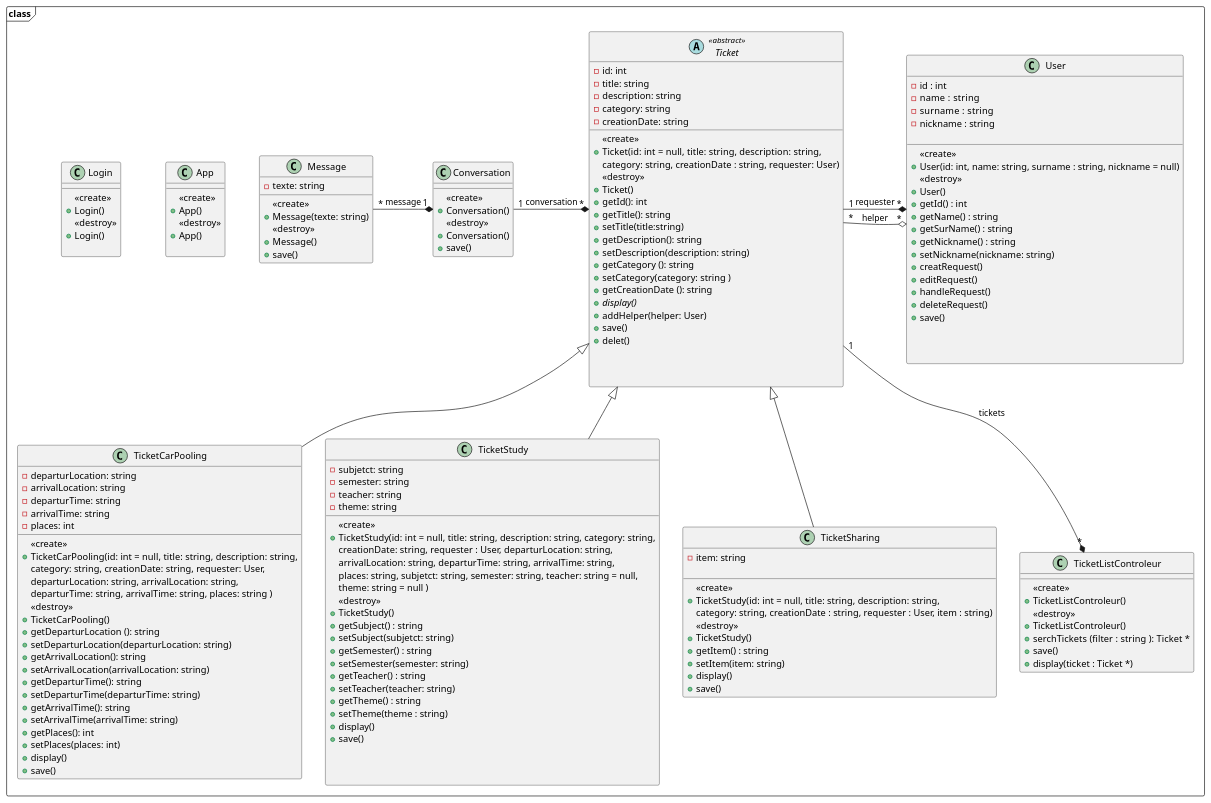
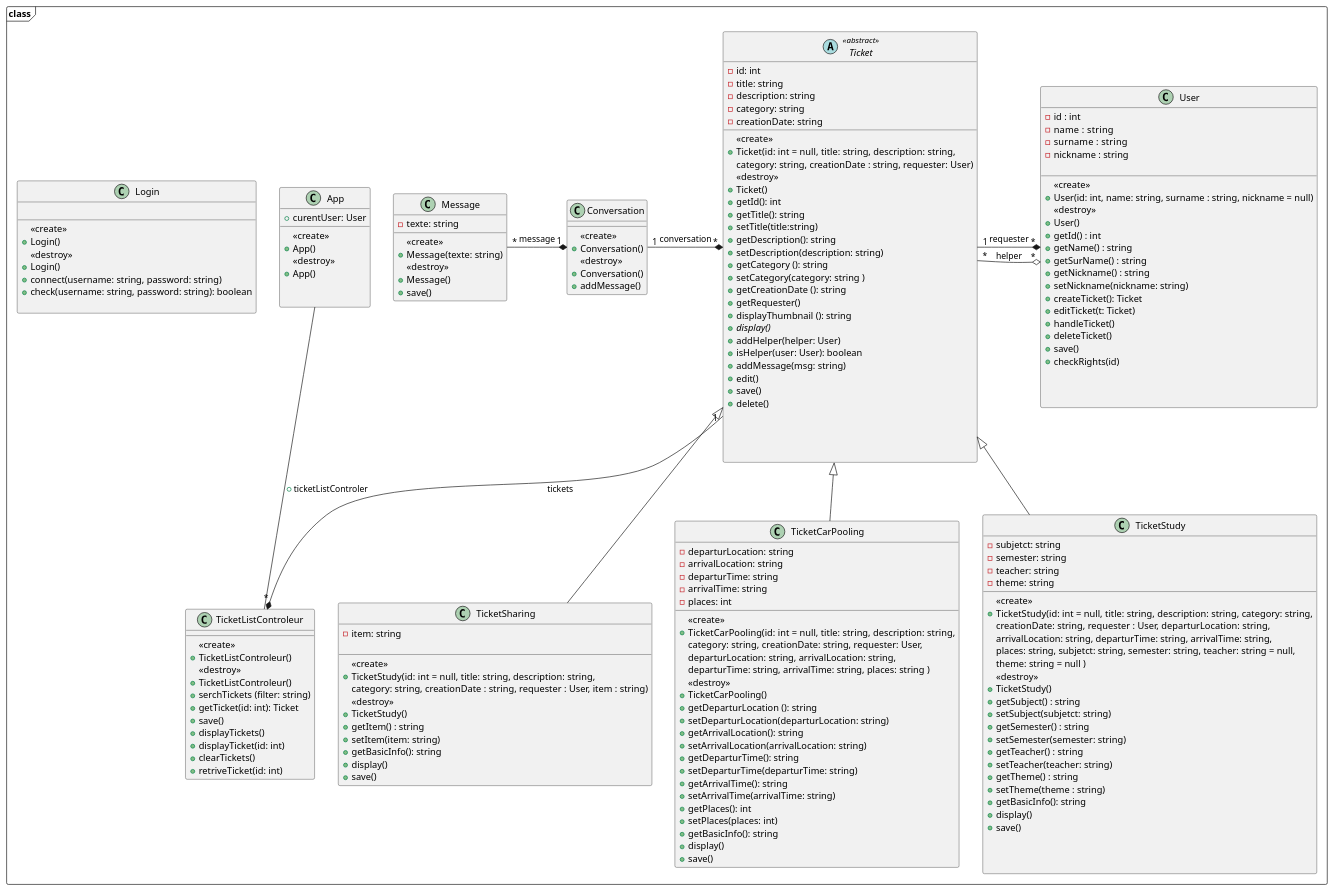
Before and after one commit to dorianleveque/CoHub: the diagram in docs/UML/Diagramme de classe.puml, drawn with PlantUML.

Commit message:
Update Diagramme de classe.puml

```diff
--- a/docs/UML/Diagramme de classe.puml
+++ b/docs/UML/Diagramme de classe.puml
@@ -21,10 +21,16 @@
 + getCategory (): string
 + setCategory(category: string )
 + getCreationDate (): string
++ getRequester()
++ displayThumbnail (): string
 {abstract}+ display()
 + addHelper(helper: User)
++ isHelper(user: User): boolean
++ addMessage(msg: string)
++ edit()
 + save()
-+ delet()
++ delete()
+
 
 
 
@@ -36,7 +42,7 @@
 + Conversation()
 <<destroy>>
 + Conversation()
-+ save()
++ addMessage()
 }
 
 
@@ -47,7 +53,7 @@
 + Message(texte: string)
 <<destroy>>
 + Message()
-+save()
++ save()
 }
 
 class TicketCarPooling  {
@@ -74,6 +80,7 @@
 + setArrivalTime(arrivalTime: string)
 + getPlaces(): int
 + setPlaces(places: int)
++ getBasicInfo(): string 
 + display()
 + save()
 }
@@ -102,6 +109,7 @@
 + setTeacher(teacher: string)
 + getTheme() : string
 + setTheme(theme : string)
++ getBasicInfo(): string 
 + display()
 + save()
 
@@ -120,6 +128,7 @@
 + TicketStudy()
 + getItem() : string
 + setItem(item: string)
++ getBasicInfo(): string 
 + display()
 +save()
 }
@@ -140,11 +149,12 @@
 + getSurName() : string
 + getNickname() : string
 + setNickname(nickname: string)
-+ creatRequest()
-+ editRequest()
-+ handleRequest()
-+ deleteRequest()
++ createTicket(): Ticket
++ editTicket(t: Ticket)
++ handleTicket()
++ deleteTicket()
 + save()
++ checkRights(id)
 
 
 
@@ -157,26 +167,35 @@
 + TicketListControleur()
 <<destroy>>
 + TicketListControleur()   
-+ serchTickets (filter  : string ): Ticket *
++ serchTickets (filter: string)
++ getTicket(id: int): Ticket
 + save()
-+ display(ticket : Ticket *)
++ displayTickets()
++ displayTicket(id: int)
++ clearTickets()
++ retriveTicket(id: int)
 }
 
 class App {
++ curentUser: User
 __
 <<create>>
 + App()
 <<destroy>>
-+ App()   
++ App() 
+ 
 
 }
 
 class Login {
+
 __
 <<create>>
 + Login()
 <<destroy>>
-+ Login()   
++ Login() 
++ connect(username: string, password: string) 
++ check(username: string, password: string): boolean 
 
 }
 
@@ -184,6 +203,10 @@
 Ticket <|-- TicketCarPooling
 Ticket <|--TicketStudy
 Ticket <|--TicketSharing
+App -- TicketListControleur: + ticketListControler
+
+
+
 User "*" *---left- "1" Ticket : requester
 User "*" o---left- "*" Ticket : helper
 Ticket "*" *---left- "1" Conversation: conversation
```
